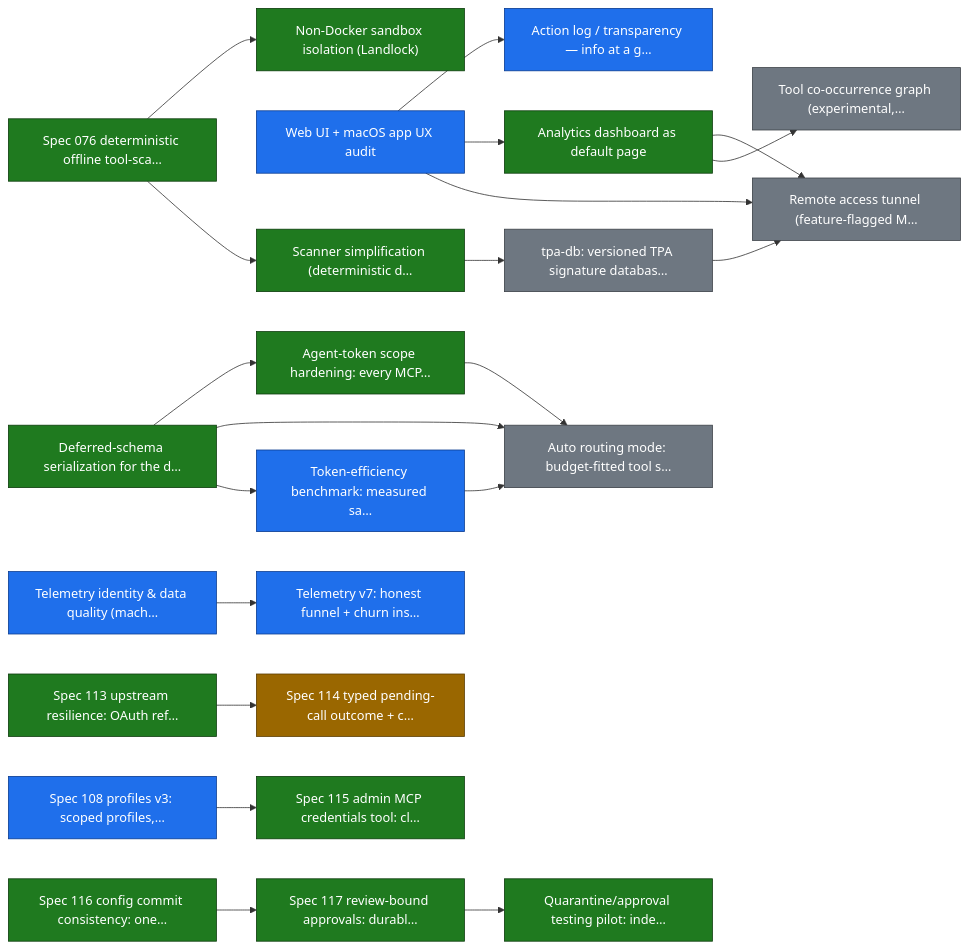
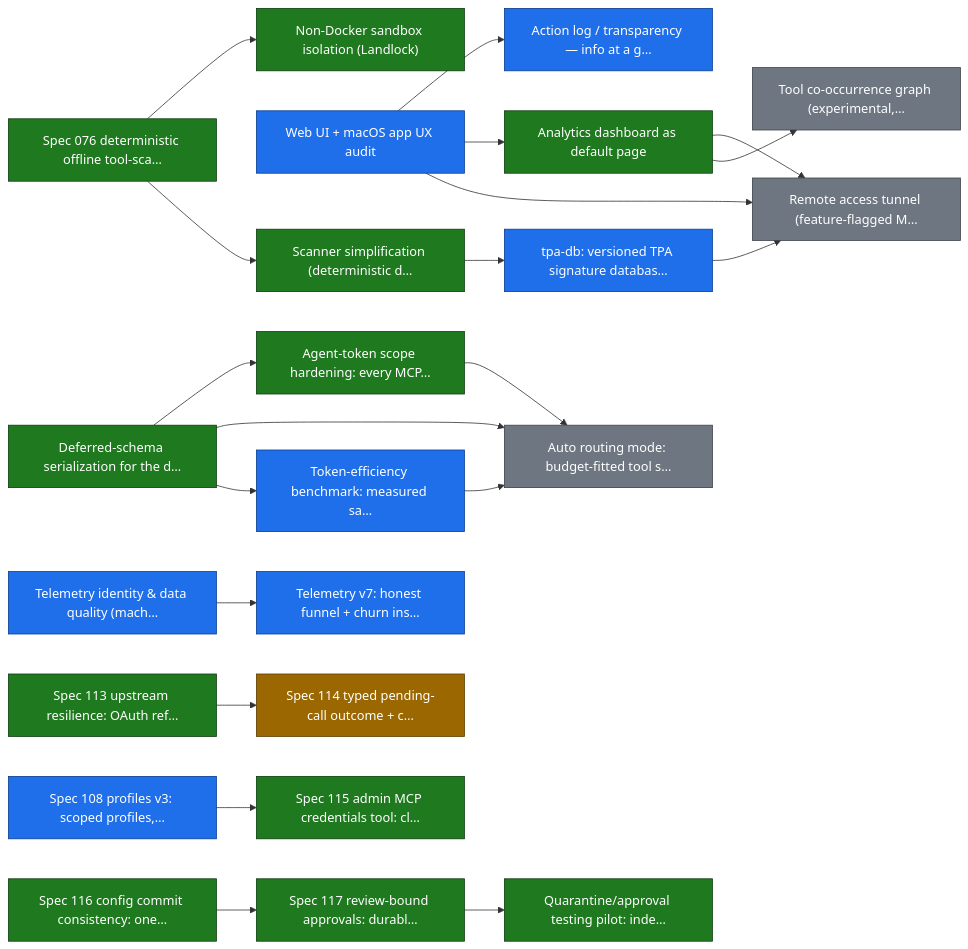
One commit to smart-mcp-proxy/mcpproxy-go changed the first of 26 diagrams in ROADMAP.md. Above: the diagram before and after it, drawn with Mermaid. The commit also changed other lines of this file and 1 other file, not shown here.

First line of the commit message:
docs(roadmap): tpa-db-format in review as #1701

````diff
--- a/ROADMAP.md
+++ b/ROADMAP.md
@@ -36,54 +36,54 @@
 ```mermaid
 graph LR
   sandbox_isolation["Non-Docker sandbox isolation (Landlock)"]
   scanner_v2["Spec 076 deterministic offline tool-sca…"]
   ux_audit["Web UI + macOS app UX audit"]
   action_log_transparency["Action log / transparency — info at a g…"]
   analytics_dashboard["Analytics dashboard as default page"]
   scanner_simplification["Scanner simplification (deterministic d…"]
   tpa_db["tpa-db: versioned TPA signature databas…"]
   remote_access_tunnel["Remote access tunnel (feature-flagged M…"]
   schema_deferred["Deferred-schema serialization for the d…"]
   agent_scope_hardening["Agent-token scope hardening: every MCP…"]
   auto_routing_mode["Auto routing mode: budget-fitted tool s…"]
   token_bench["Token-efficiency benchmark: measured sa…"]
   tool_graph["Tool co-occurrence graph (experimental,…"]
   telemetry_identity["Telemetry identity & data quality (mach…"]
   telemetry_v7_churn["Telemetry v7: honest funnel + churn ins…"]
   profiles_v3["Spec 108 profiles v3: scoped profiles,…"]
   upstream_resilience["Spec 113 upstream resilience: OAuth ref…"]
   pending_call_outcome["Spec 114 typed pending-call outcome + c…"]
   mcp_credential_lifecycle["Spec 115 admin MCP credentials tool: cl…"]
   config_commit_consistency["Spec 116 config commit consistency: one…"]
   review_bound_approvals["Spec 117 review-bound approvals: durabl…"]
   quarantine_approval_pilot["Quarantine/approval testing pilot: inde…"]
 
   scanner_v2 --> sandbox_isolation
   ux_audit --> action_log_transparency
   ux_audit --> analytics_dashboard
   scanner_v2 --> scanner_simplification
   scanner_simplification --> tpa_db
   tpa_db --> remote_access_tunnel
   ux_audit --> remote_access_tunnel
   analytics_dashboard --> remote_access_tunnel
   schema_deferred --> agent_scope_hardening
   agent_scope_hardening --> auto_routing_mode
   schema_deferred --> auto_routing_mode
   token_bench --> auto_routing_mode
   schema_deferred --> token_bench
   analytics_dashboard --> tool_graph
   telemetry_identity --> telemetry_v7_churn
   upstream_resilience --> pending_call_outcome
   profiles_v3 --> mcp_credential_lifecycle
   config_commit_consistency --> review_bound_approvals
   review_bound_approvals --> quarantine_approval_pilot
 
   classDef done fill:#1f7a1f,stroke:#0d3d0d,color:#ffffff;
   classDef in_progress fill:#1f6feb,stroke:#0b3d91,color:#ffffff;
   classDef in_review fill:#9a6700,stroke:#5c3d00,color:#ffffff;
   classDef todo fill:#6e7781,stroke:#3d4248,color:#ffffff;
   class sandbox_isolation,scanner_v2,analytics_dashboard,scanner_simplification,schema_deferred,agent_scope_hardening,upstream_resilience,mcp_credential_lifecycle,config_commit_consistency,review_bound_approvals,quarantine_approval_pilot done;
-  class ux_audit,action_log_transparency,token_bench,telemetry_identity,telemetry_v7_churn,profiles_v3 in_progress;
+  class ux_audit,action_log_transparency,tpa_db,token_bench,telemetry_identity,telemetry_v7_churn,profiles_v3 in_progress;
   class pending_call_outcome in_review;
-  class tpa_db,remote_access_tunnel,auto_routing_mode,tool_graph todo;
+  class remote_access_tunnel,auto_routing_mode,tool_graph todo;
 ```
````
